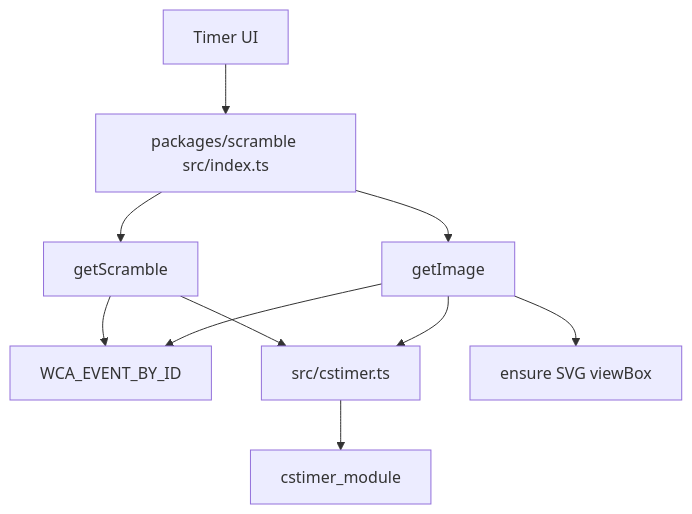
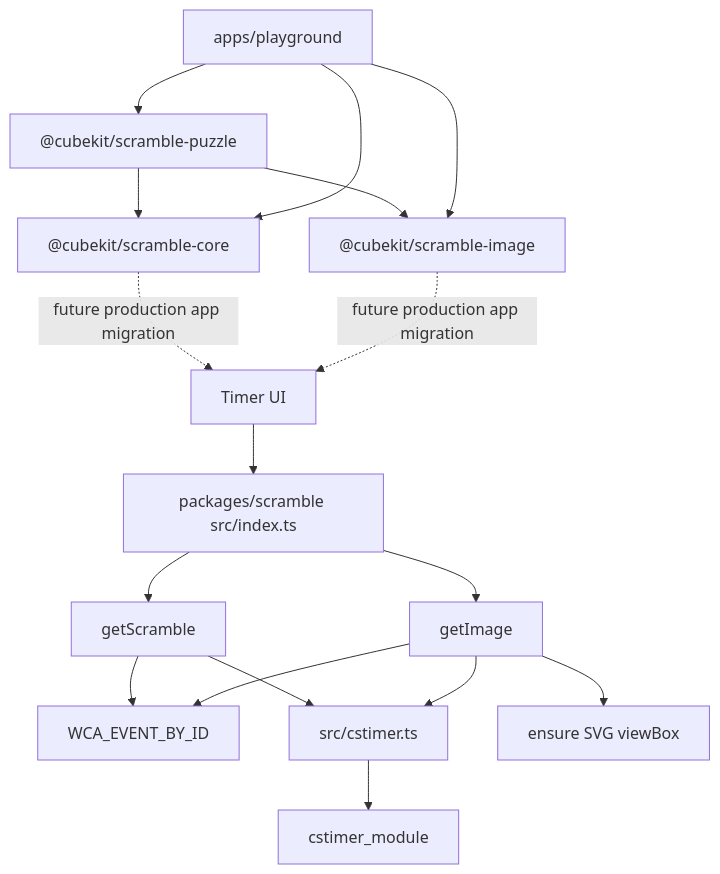
One commit to deweyou/cube-kit changed the diagram in docs/scramble-runtime.md. Above: the diagram before and after it, drawn with Mermaid. The commit also changed other lines of this file and 188 other files, not shown here.

````diff
--- a/docs/scramble-runtime.md
+++ b/docs/scramble-runtime.md
@@ -3,12 +3,19 @@
 ```mermaid
 flowchart TD
     UI["Timer UI"] --> PublicAPI["packages/scramble src/index.ts"]
     PublicAPI --> Scramble["getScramble"]
     PublicAPI --> Image["getImage"]
     Scramble --> Events["WCA_EVENT_BY_ID"]
     Image --> Events
     Scramble --> CstimerAdapter["src/cstimer.ts"]
     Image --> CstimerAdapter
     CstimerAdapter --> Upstream["cstimer_module"]
     Image --> ViewBox["ensure SVG viewBox"]
+    NewPuzzle["@cubekit/scramble-puzzle"] --> NewCore["@cubekit/scramble-core"]
+    NewPuzzle --> NewImage["@cubekit/scramble-image"]
+    Playground["apps/playground"] --> NewCore
+    Playground --> NewImage
+    Playground --> NewPuzzle
+    NewCore -. "future production app migration" .-> UI
+    NewImage -. "future production app migration" .-> UI
 ```
````
